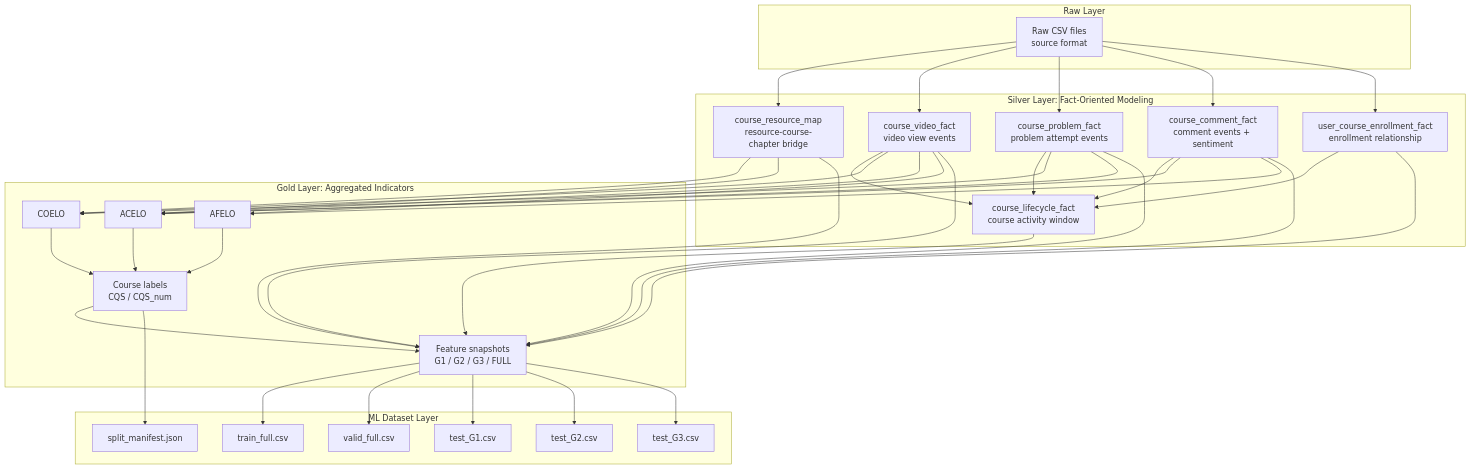
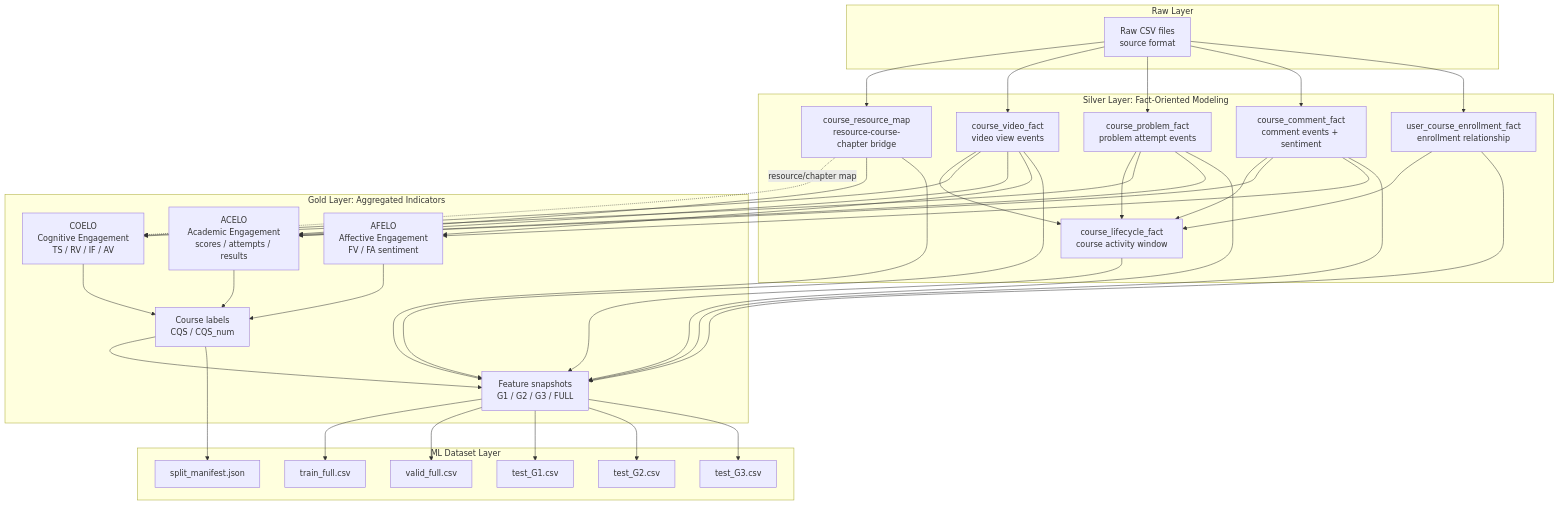
One commit to w4ngg/Early-Prediction-Course-Quality changed the second of 3 diagrams in README.md. Above: the diagram before and after it, drawn with Mermaid. The commit also changed other lines of this file, not shown here.

````diff
--- a/README.md
+++ b/README.md
@@ -134,73 +134,73 @@
 ```mermaid
 flowchart TB
     subgraph RawLayer["Raw Layer"]
         R1["Raw CSV files<br/>source format"]
     end
 
     subgraph SilverLayer["Silver Layer: Fact-Oriented Modeling"]
         D1["course_resource_map<br/>resource-course-chapter bridge"]
         F1["course_video_fact<br/>video view events"]
         F2["course_problem_fact<br/>problem attempt events"]
         F3["course_comment_fact<br/>comment events + sentiment"]
         F4["user_course_enrollment_fact<br/>enrollment relationship"]
         F5["course_lifecycle_fact<br/>course activity window"]
     end
 
     subgraph GoldLayer["Gold Layer: Aggregated Indicators"]
-        G1["COELO"]
-        G2["ACELO"]
-        G3["AFELO"]
+        G1["COELO<br/>Cognitive Engagement<br/>TS / RV / IF / AV"]
+        G2["ACELO<br/>Academic Engagement<br/>scores / attempts / results"]
+        G3["AFELO<br/>Affective Engagement<br/>FV / FA sentiment"]
         G4["Course labels<br/>CQS / CQS_num"]
         G5["Feature snapshots<br/>G1 / G2 / G3 / FULL"]
     end
 
     subgraph MLLayer["ML Dataset Layer"]
         M1["train_full.csv"]
         M2["valid_full.csv"]
         M3["test_G1.csv"]
         M4["test_G2.csv"]
         M5["test_G3.csv"]
         M6["split_manifest.json"]
     end
 
     R1 --> D1
     R1 --> F1
     R1 --> F2
     R1 --> F3
     R1 --> F4
     F1 --> F5
     F2 --> F5
     F3 --> F5
     F4 --> F5
 
-    D1 --> G1
+    D1 -. resource/chapter map .-> G1
     F1 --> G1
     F2 --> G1
 
     D1 --> G2
     F1 --> G2
     F2 --> G2
     F3 --> G2
 
     F1 --> G3
     F3 --> G3
 
     G1 --> G4
     G2 --> G4
     G3 --> G4
 
     D1 --> G5
     F1 --> G5
     F2 --> G5
     F3 --> G5
     F4 --> G5
     F5 --> G5
     G4 --> G5
 
     G5 --> M1
     G5 --> M2
     G5 --> M3
     G5 --> M4
     G5 --> M5
     G4 --> M6
 ```
````
